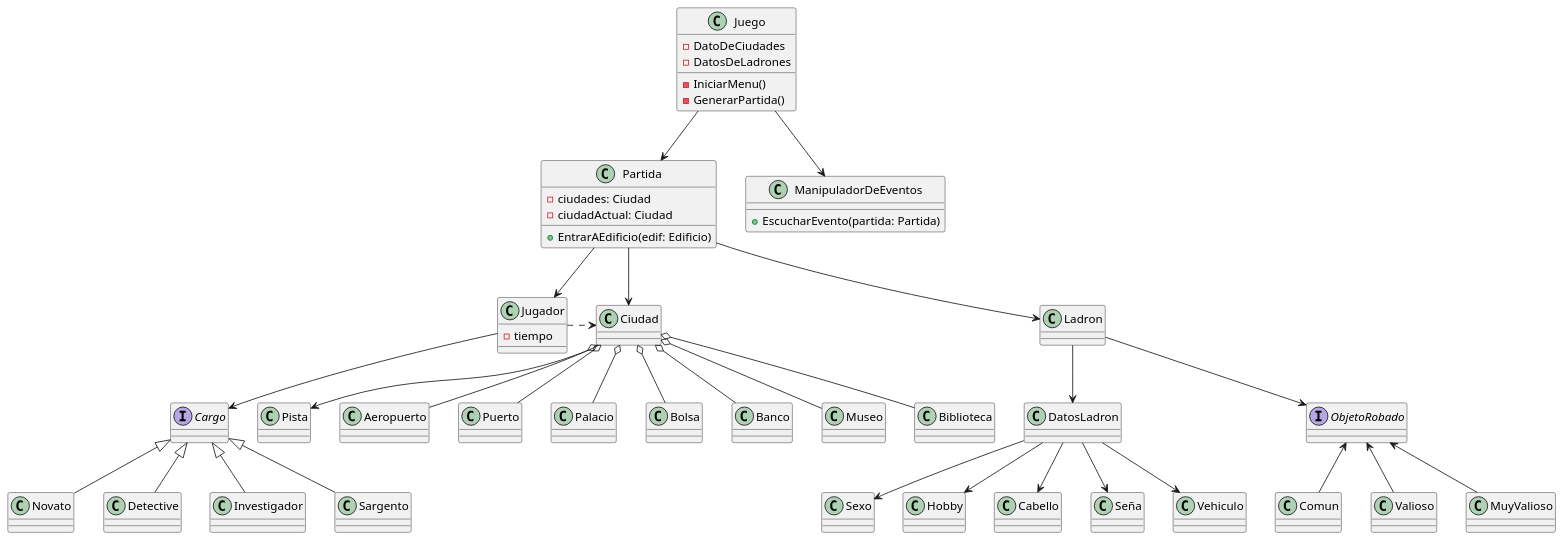
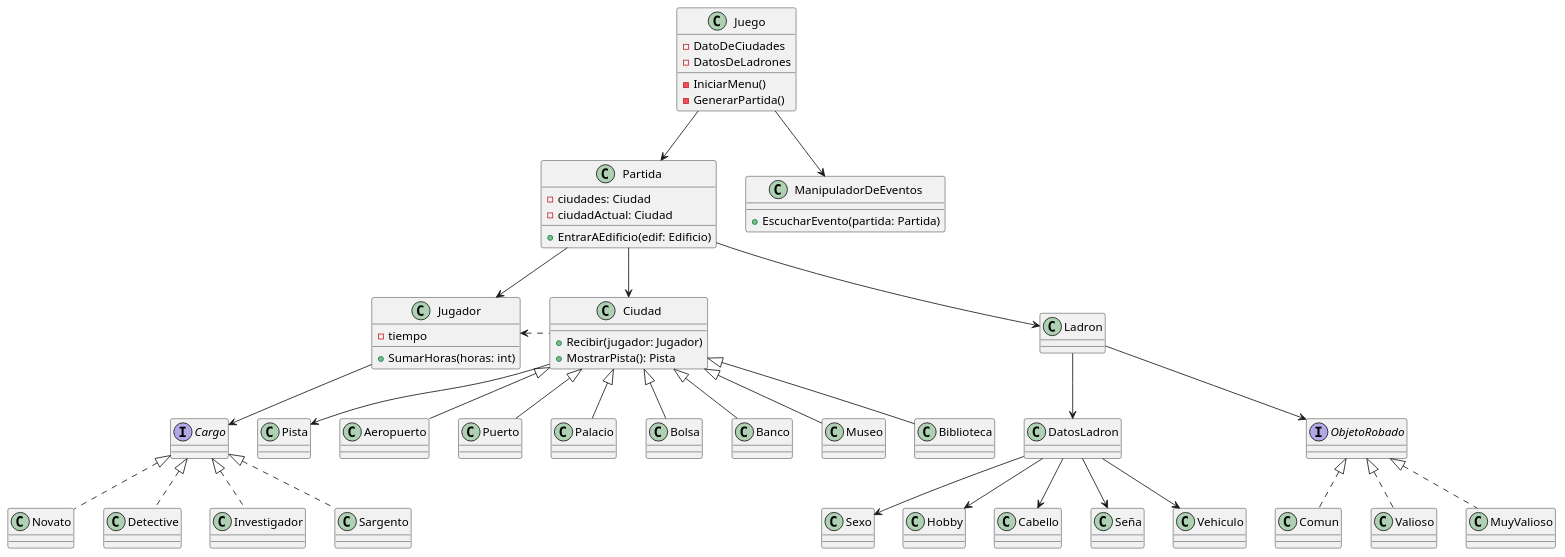
Before and after one commit to arilow/Algo3_TP2: the diagram in diagrams/classes/AlgoThief_Diagrama_Clase_UML.puml, drawn with PlantUML. The commit also changed 1 other file, not shown here.

Commit message:
Correccion de diagramas

```diff
--- a/diagrams/classes/AlgoThief_Diagrama_Clase_UML.puml
+++ b/diagrams/classes/AlgoThief_Diagrama_Clase_UML.puml
@@ -1,95 +1,100 @@
 @startuml algoThief
 class Juego {
 - DatoDeCiudades
 - DatosDeLadrones
 
 - IniciarMenu()
 - GenerarPartida()
 
 }
 
 class Partida {
 ' - jugador: Jugador
 ' - ladron: Ladron
 - ciudades: Ciudad
 - ciudadActual: Ciudad
 
 + EntrarAEdificio(edif: Edificio)
 }
 
 
 class ManipuladorDeEventos {
 + EscucharEvento(partida: Partida)
 }
 
 class Jugador {
     - tiempo
+    + SumarHoras(horas: int)
+}
+class Ciudad {
+    + Recibir(jugador: Jugador)
+    + MostrarPista(): Pista
 }
 
 interface Pista{}
 
 interface Cargo{}
 class Novato{}
 class Detective{}
 class Investigador{}
 class Sargento{}
 
 
 class Pista{
 }
 
 class Aeropuerto{}
 class Puerto{}
 class Palacio{}
 class Bolsa{}
 class Banco{}
 class Museo{}
 
 Jugador --> Cargo
 
-Cargo <|-- Novato
-Cargo <|-- Detective
-Cargo <|-- Investigador
-Cargo <|-- Sargento
+Cargo <|.. Novato
+Cargo <|.. Detective
+Cargo <|.. Investigador
+Cargo <|.. Sargento
 
-Ciudad o-- Aeropuerto
-Ciudad o-- Puerto
-Ciudad o-- Biblioteca
-Ciudad o-- Palacio
-Ciudad o-- Bolsa
-Ciudad o-- Banco
-Ciudad o-- Museo
+Ciudad <|-- Aeropuerto
+Ciudad <|-- Puerto
+Ciudad <|-- Biblioteca
+Ciudad <|-- Palacio
+Ciudad <|-- Bolsa
+Ciudad <|-- Banco
+Ciudad <|-- Museo
 
 
 class Ladron{}
 class DatosLadron{}
 class Sexo{}
 
 Ladron --> DatosLadron
 DatosLadron --> Sexo
 DatosLadron --> Hobby
 DatosLadron --> Cabello
 DatosLadron --> Seña
 DatosLadron --> Vehiculo
 
 interface ObjetoRobado{}
 class Comun{}
 class Valioso{}
 class MuyValioso{}
 
-ObjetoRobado <-- Comun
-ObjetoRobado <-- Valioso
-ObjetoRobado <-- MuyValioso
+ObjetoRobado <|.. Comun
+ObjetoRobado <|.. Valioso
+ObjetoRobado <|.. MuyValioso
 
 Juego --> Partida
 Juego --> ManipuladorDeEventos
 
 Partida --> Jugador
 Partida --> Ladron
 Partida --> Ciudad
 Ciudad -->Pista
 
-Jugador .>Ciudad
+Jugador <.Ciudad
 Ladron --> ObjetoRobado
 
 @enduml
```
